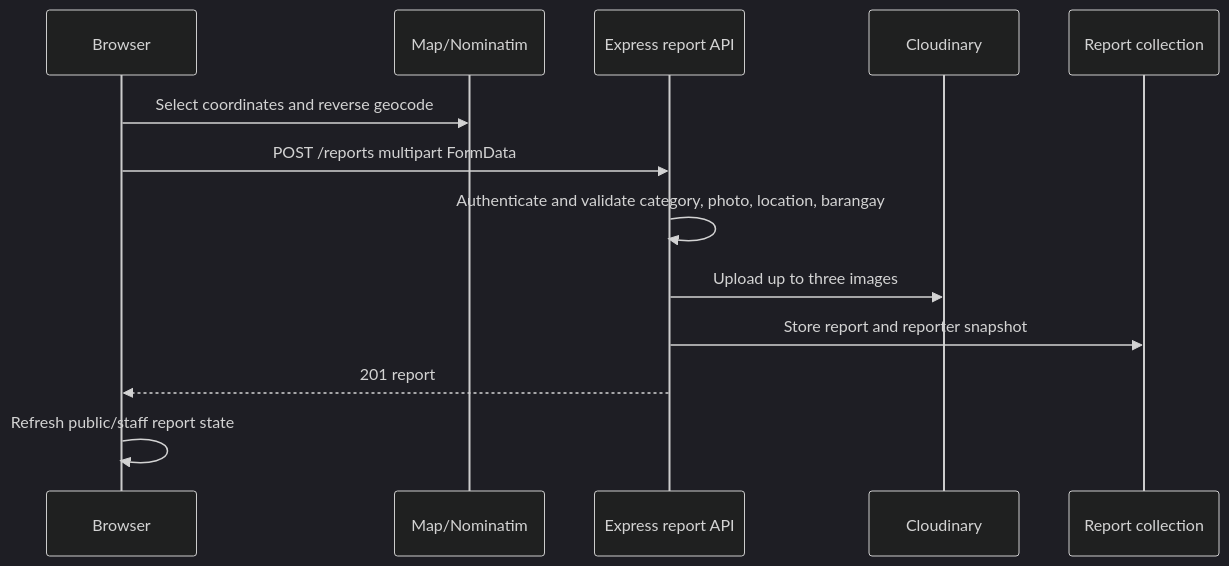
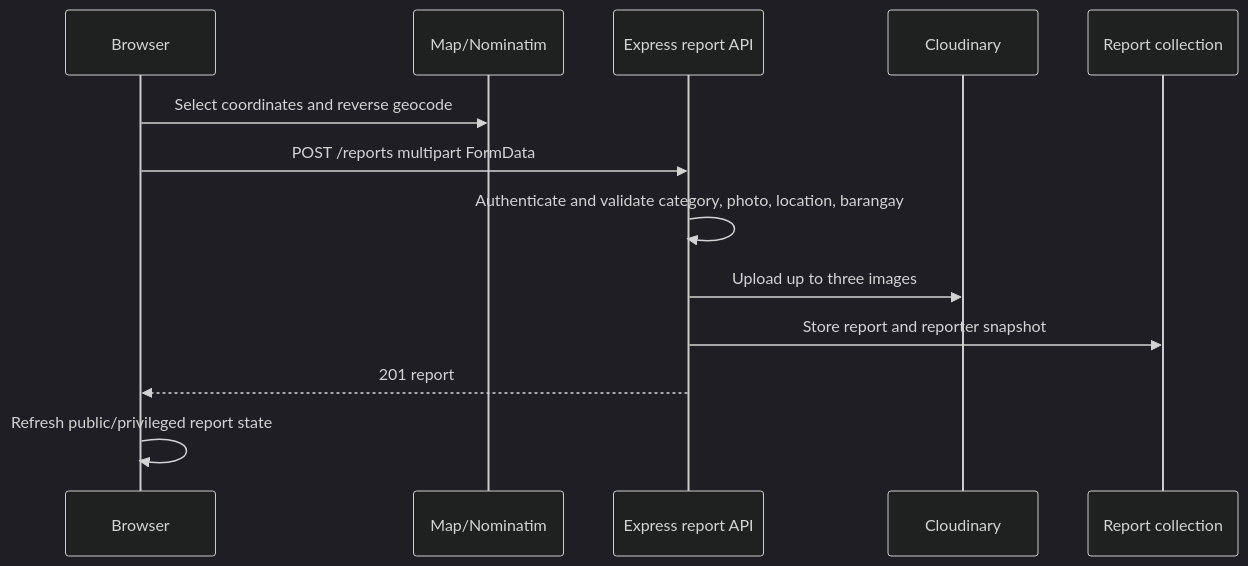
Before and after one commit to ImEmer/hazardwatch-dagupan: the fifth of 5 diagrams in docs/architecture.md, drawn with Mermaid (dark theme). The commit also changed other lines of this file and 39 other files, not shown here.

````diff
--- a/docs/architecture.md
+++ b/docs/architecture.md
@@ -70,15 +70,15 @@
 ```mermaid
 sequenceDiagram
   participant B as Browser
   participant M as Map/Nominatim
   participant A as Express report API
   participant C as Cloudinary
   participant R as Report collection
   B->>M: Select coordinates and reverse geocode
   B->>A: POST /reports multipart FormData
   A->>A: Authenticate and validate category, photo, location, barangay
   A->>C: Upload up to three images
   A->>R: Store report and reporter snapshot
   A-->>B: 201 report
-  B->>B: Refresh public/staff report state
+  B->>B: Refresh public/privileged report state
 ```
````
